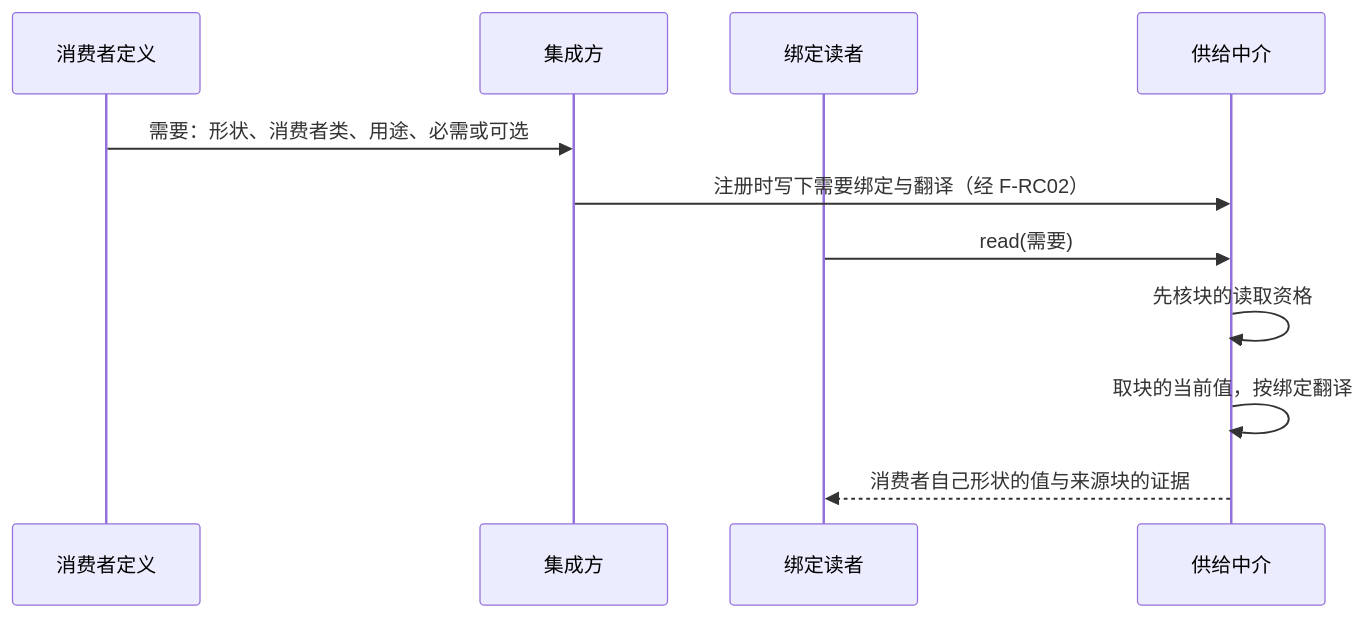
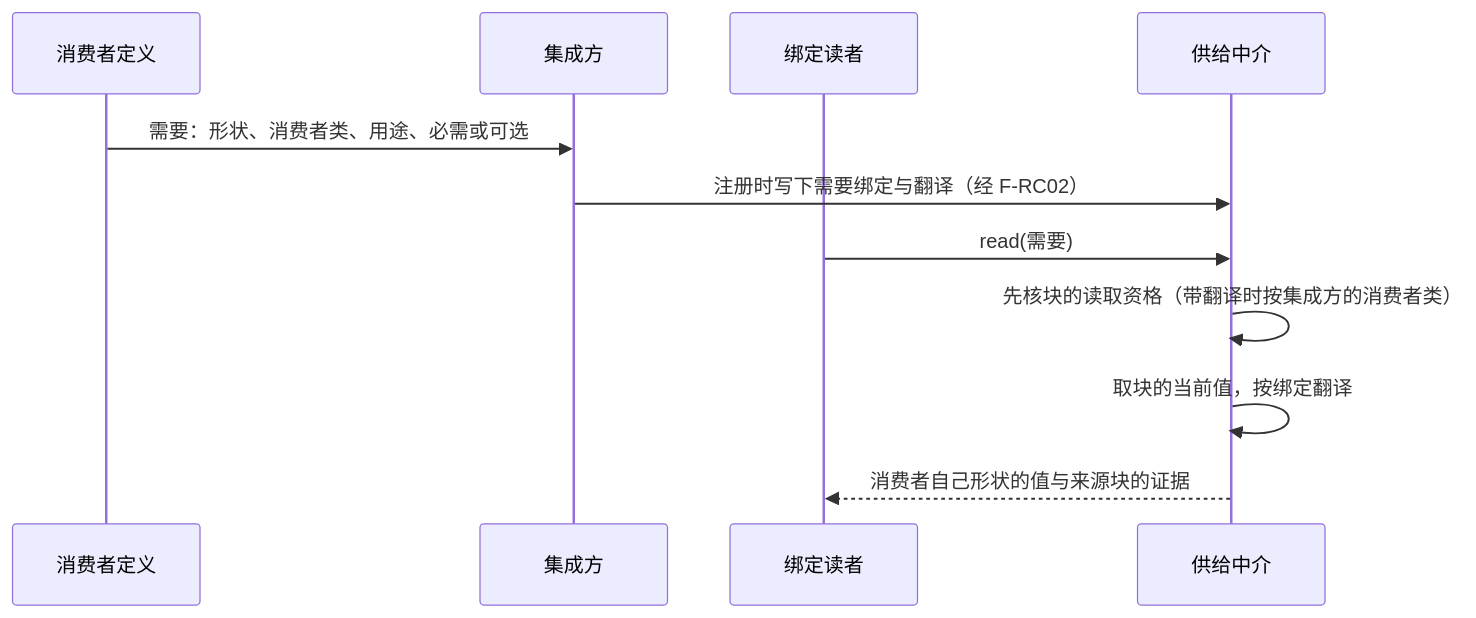
Before and after one commit to nemori-ai/omne-harness-lite: the fifth of 8 diagrams in packages/context/runtime-context-contract/docs/flows.md, drawn with Mermaid. The commit also changed other lines of this file and 70 other files, not shown here.

````diff
--- a/packages/context/runtime-context-contract/docs/flows.md
+++ b/packages/context/runtime-context-contract/docs/flows.md
@@ -135,13 +135,13 @@
 ```mermaid
 sequenceDiagram
   participant Con as 消费者定义
   participant I as 集成方
   participant R as 绑定读者
   participant M as 供给中介
   Con->>I: 需要：形状、消费者类、用途、必需或可选
   I->>M: 注册时写下需要绑定与翻译（经 F-RC02）
   R->>M: read(需要)
-  M->>M: 先核块的读取资格
+  M->>M: 先核块的读取资格（带翻译时按集成方的消费者类）
   M->>M: 取块的当前值，按绑定翻译
   M-->>R: 消费者自己形状的值与来源块的证据
 ```
````
